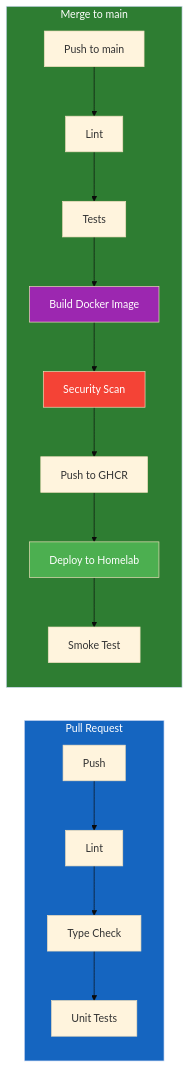
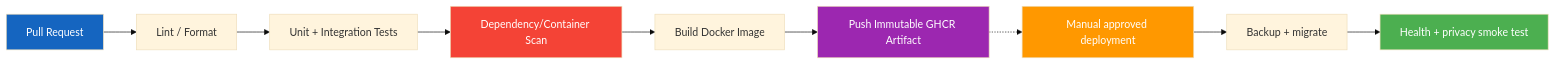
One commit to oat431/document_template changed the diagram in external_spec/deerngo_bot/05_devops/051_CICD_pipeline_configuration.md. Above: the diagram before and after it, drawn with Mermaid (base theme). The commit also changed other lines of this file and 32 other files, not shown here.

````diff
--- a/external_spec/deerngo_bot/05_devops/051_CICD_pipeline_configuration.md
+++ b/external_spec/deerngo_bot/05_devops/051_CICD_pipeline_configuration.md
@@ -51,24 +34,17 @@
 ```mermaid
 flowchart LR
-    subgraph PR["Pull Request"]
-        PUSH_PR[Push] --> LINT[Lint]
-        LINT --> TYPE[Type Check]
-        TYPE --> TEST[Unit Tests]
-    end
-
-    subgraph MAIN["Merge to main"]
-        PUSH_MAIN[Push to main] --> LINT2[Lint]
-        LINT2 --> TEST2[Tests]
-        TEST2 --> BUILD[Build Docker Image]
-        BUILD --> SCAN[Security Scan]
-        SCAN --> PUSH_REG[Push to GHCR]
-        PUSH_REG --> DEPLOY[Deploy to Homelab]
-        DEPLOY --> SMOKE[Smoke Test]
-    end
+    PR[Pull Request] --> LINT[Lint / Format]
+    LINT --> TEST[Unit + Integration Tests]
+    TEST --> SCAN[Dependency/Container Scan]
+    SCAN --> BUILD[Build Docker Image]
+    BUILD --> ARTIFACT[Push Immutable GHCR Artifact]
+    ARTIFACT -.-> MANUAL[Manual approved deployment]
+    MANUAL --> MIGRATE[Backup + migrate]
+    MIGRATE --> SMOKE[Health + privacy smoke test]
 
     style PR fill:#1565C0,color:#fff
-    style MAIN fill:#2E7D32,color:#fff
-    style BUILD fill:#9C27B0,color:#fff
     style SCAN fill:#f44336,color:#fff
-    style DEPLOY fill:#4CAF50,color:#fff
+    style ARTIFACT fill:#9C27B0,color:#fff
+    style MANUAL fill:#FF9800,color:#fff
+    style SMOKE fill:#4CAF50,color:#fff
 ```
````
